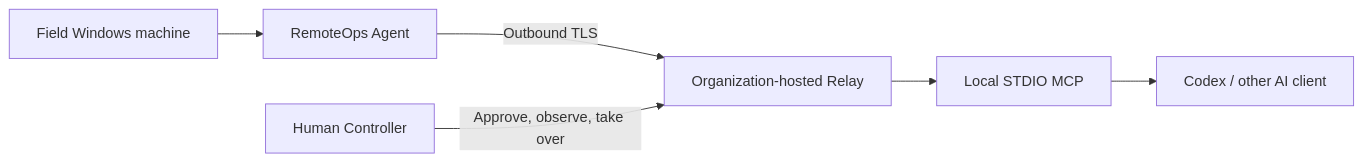
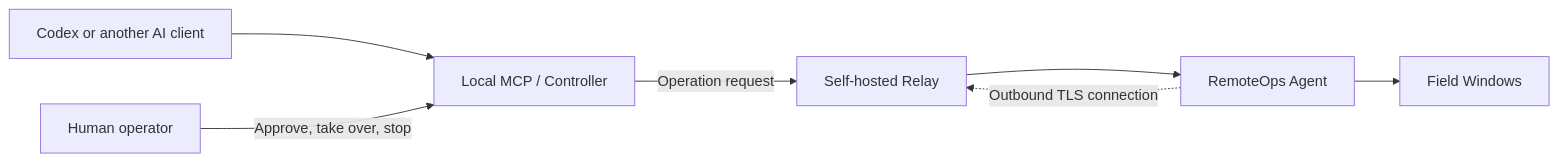
The diagram in README.en.md (schneelolz/RemoteOps), drawn with Mermaid before and after one commit. The commit also changed other lines of this file and 14 other files, not shown here.

````diff
--- a/README.en.md
+++ b/README.en.md
@@ -50,8 +26,9 @@
 ```mermaid
 flowchart LR
-    Field["Field Windows machine"] --> Agent["RemoteOps Agent"]
-    Agent -->|"Outbound TLS"| Relay["Organization-hosted Relay"]
-    Relay --> MCP["Local STDIO MCP"]
-    MCP --> AI["Codex / other AI client"]
-    Human["Human Controller"] -->|"Approve, observe, take over"| Relay
+    AI[Codex or another AI client] --> MCP[Local MCP / Controller]
+    MCP -->|Operation request| Relay[Self-hosted Relay]
+    Relay --> Agent[RemoteOps Agent]
+    Agent --> Field[Field Windows]
+    Agent -.->|Outbound TLS connection| Relay
+    Human[Human operator] -->|Approve, take over, stop| MCP
 ```
````
